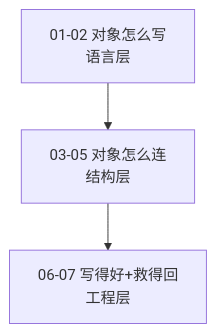
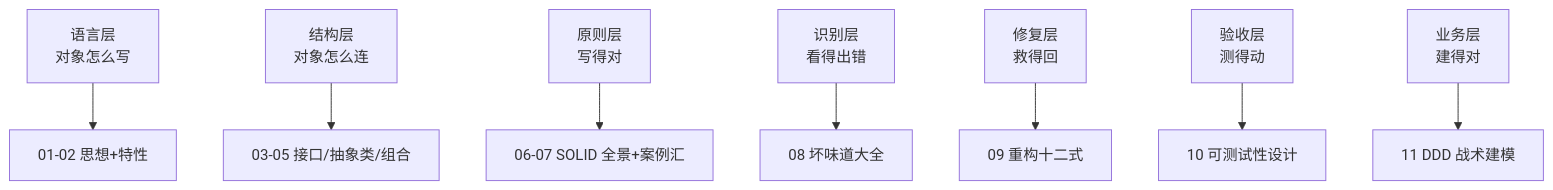
Before and after one commit to chongyang211/YCBookBlog: the third of 3 diagrams in 00.通用技术的提升/05.面向对象设计/README.md, drawn with Mermaid. The commit also changed other lines of this file and 6 other files, not shown here.

````diff
--- a/00.通用技术的提升/05.面向对象设计/README.md
+++ b/00.通用技术的提升/05.面向对象设计/README.md
@@ -39,5 +86,10 @@
 ```mermaid
 flowchart TB
-    A[01-02 对象怎么写<br/>语言层] --> B[03-05 对象怎么连<br/>结构层]
-    B --> C[06-07 写得好+救得回<br/>工程层]
+    A[语言层<br/>对象怎么写] --> A1[01-02 思想+特性]
+    B[结构层<br/>对象怎么连] --> B1[03-05 接口/抽象类/组合]
+    C[原则层<br/>写得对] --> C1[06-07 SOLID 全景+案例汇]
+    D[识别层<br/>看得出错] --> D1[08 坏味道大全]
+    E[修复层<br/>救得回] --> E1[09 重构十二式]
+    F[验收层<br/>测得动] --> F1[10 可测试性设计]
+    G[业务层<br/>建得对] --> G1[11 DDD 战术建模]
 ```
````
